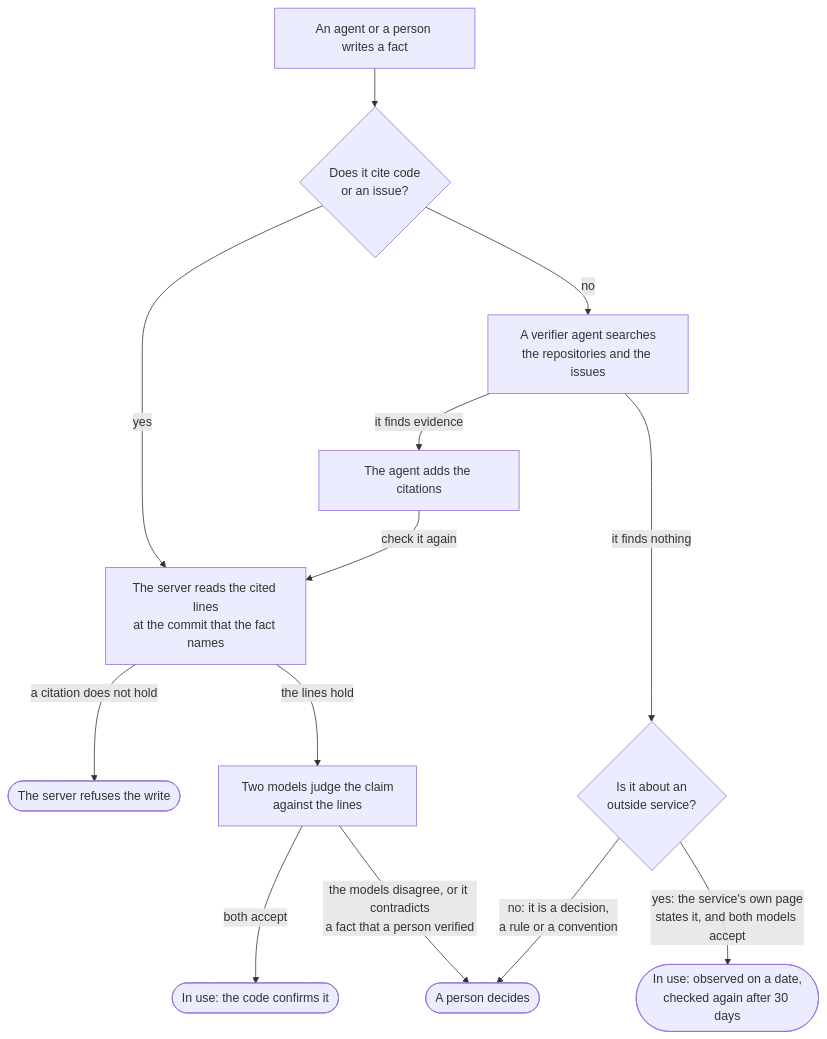
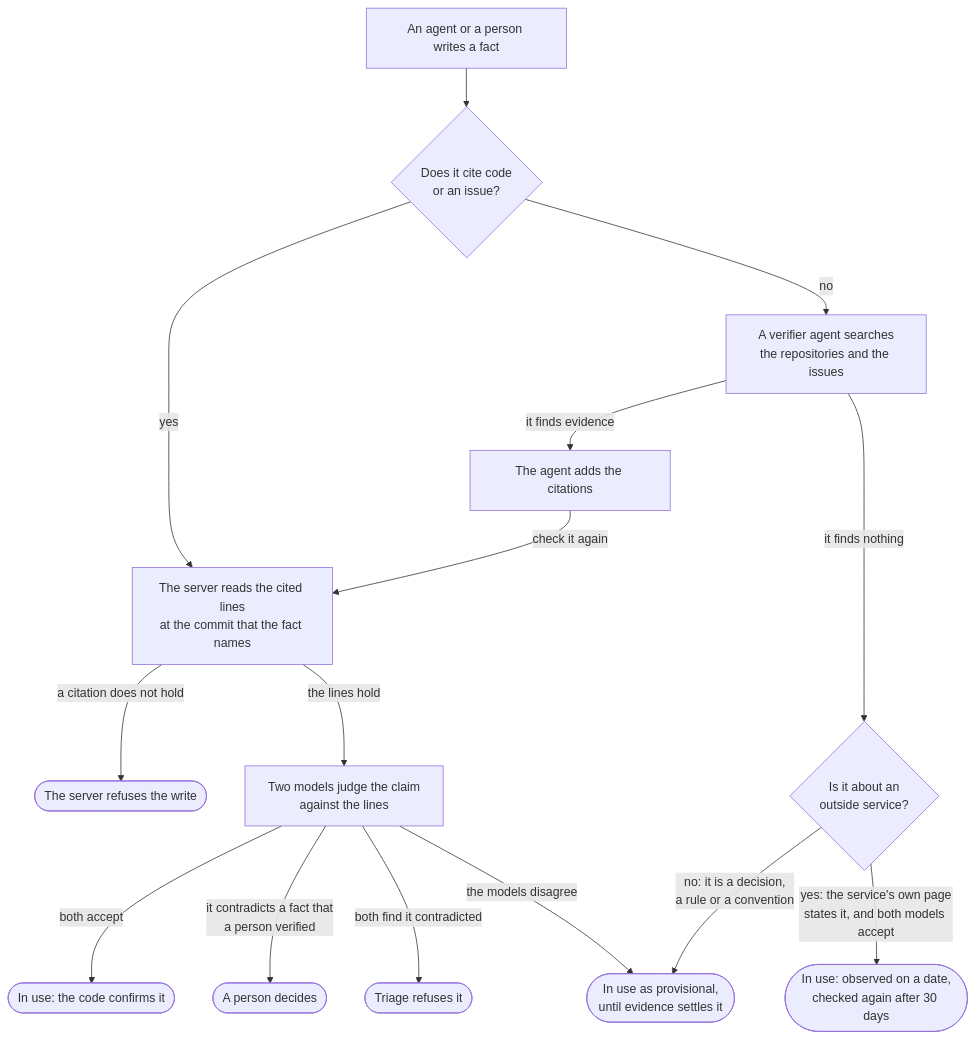
The first of 2 diagrams in apps/docs/docs/fundamentals/knowledge.mdx (cmunte132/vantik), drawn with Mermaid before and after one commit. The commit also changed other lines of this file and 45 other files, not shown here.

````diff
--- a/apps/docs/docs/fundamentals/knowledge.mdx
+++ b/apps/docs/docs/fundamentals/knowledge.mdx
@@ -180,15 +191,17 @@
 ```mermaid
 flowchart TD
   written["An agent or a person writes a fact"] --> cites{"Does it cite code<br/>or an issue?"}
   cites -- yes --> read["The server reads the cited lines<br/>at the commit that the fact names"]
   read -- "a citation does not hold" --> refused(["The server refuses the write"])
   read -- the lines hold --> judges["Two models judge the claim<br/>against the lines"]
   judges -- both accept --> confirmed(["In use: the code confirms it"])
-  judges -- "the models disagree, or it contradicts<br/>a fact that a person verified" --> person(["A person decides"])
+  judges -- "it contradicts a fact that<br/>a person verified" --> person(["A person decides"])
+  judges -- both find it contradicted --> rejected(["Triage refuses it"])
+  judges -- the models disagree --> provisional
   cites -- no --> verifier["A verifier agent searches<br/>the repositories and the issues"]
   verifier -- it finds evidence --> cited["The agent adds the citations"]
   cited -- check it again --> read
   verifier -- it finds nothing --> outside{"Is it about an<br/>outside service?"}
   outside -- "yes: the service's own page<br/>states it, and both models accept" --> observed(["In use: observed on a date,<br/>checked again after 30 days"])
-  outside -- "no: it is a decision,<br/>a rule or a convention" --> person
+  outside -- "no: it is a decision,<br/>a rule or a convention" --> provisional(["In use as provisional,<br/>until evidence settles it"])
 ```
````
